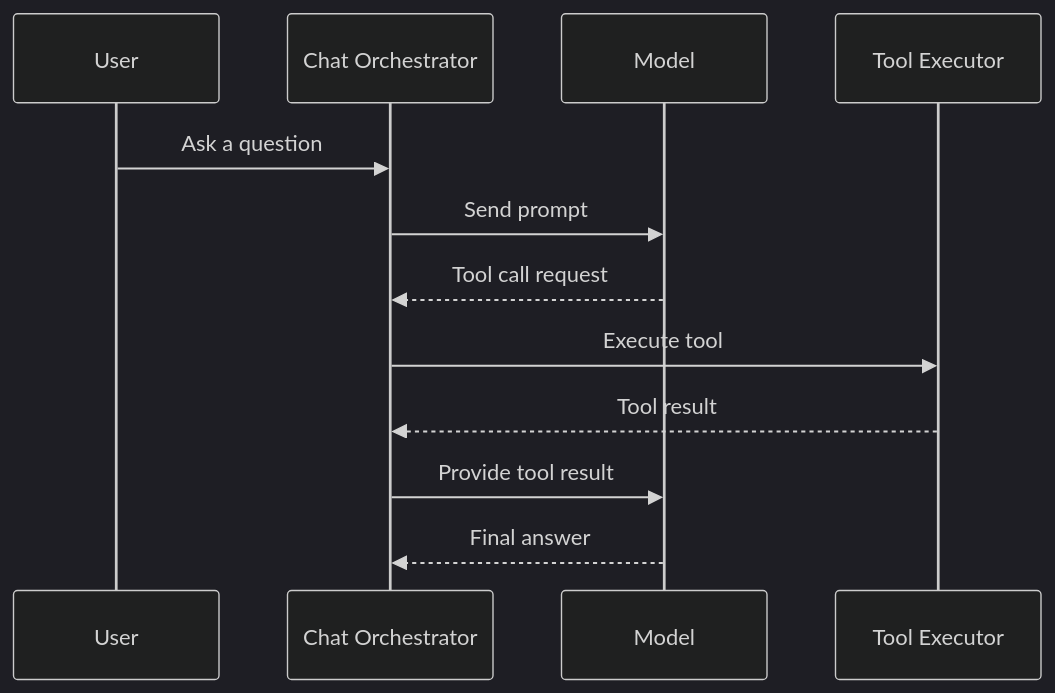
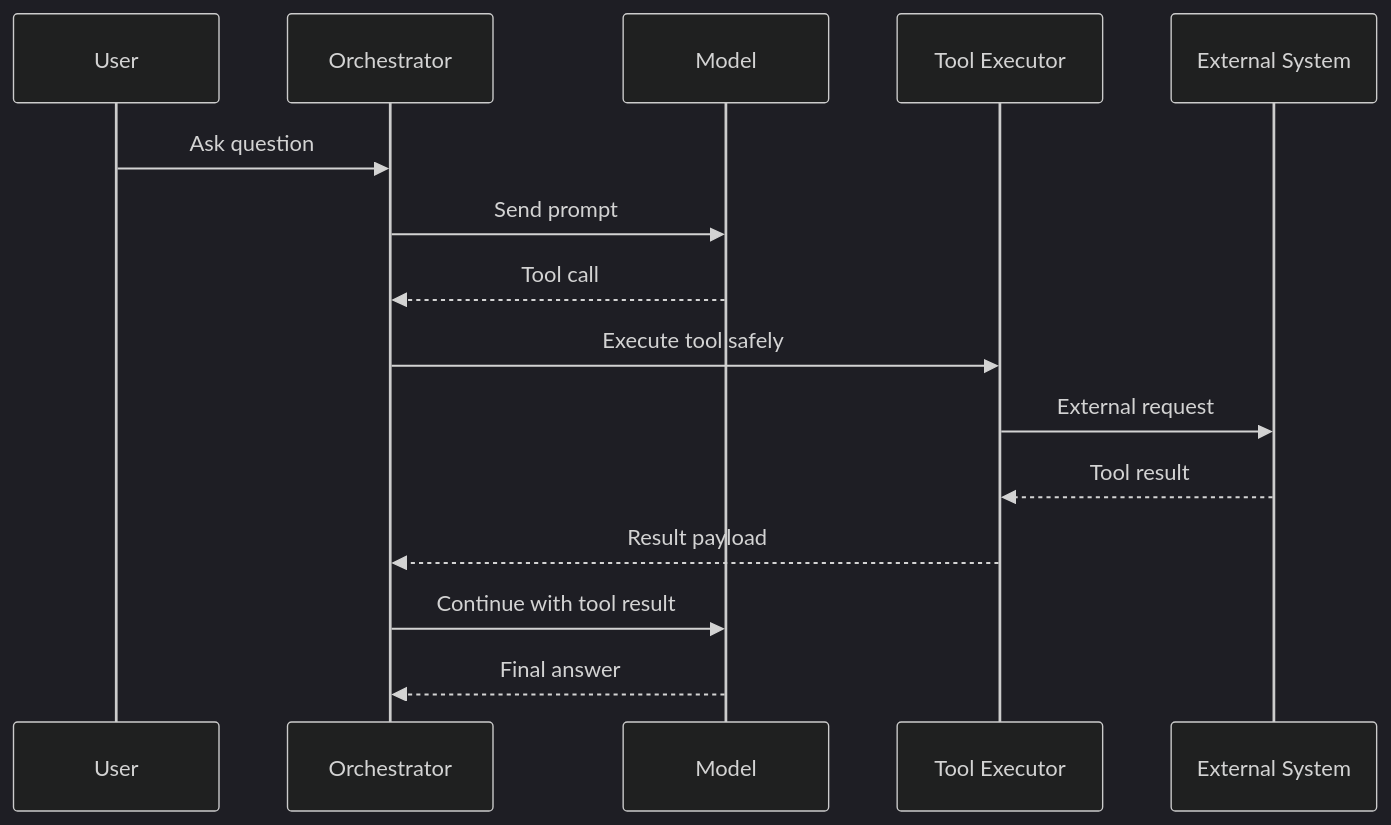
Before and after one commit to gojosatoru123-ux/CacheU: the sixth of 11 diagrams in src/content/design-a-realtime-ai-chat-system.md, drawn with Mermaid (dark theme). The commit also changed other lines of this file and 17 other files, not shown here.

````diff
--- a/src/content/design-a-realtime-ai-chat-system.md
+++ b/src/content/design-a-realtime-ai-chat-system.md
@@ -747,15 +672,18 @@
 ```mermaid
 sequenceDiagram
     participant U as User
-    participant C as Chat Orchestrator
+    participant O as Orchestrator
     participant M as Model
     participant T as Tool Executor
+    participant X as External System
 
-    U->>C: Ask a question
-    C->>M: Send prompt
-    M-->>C: Tool call request
-    C->>T: Execute tool
-    T-->>C: Tool result
-    C->>M: Provide tool result
-    M-->>C: Final answer
+    U->>O: Ask question
+    O->>M: Send prompt
+    M-->>O: Tool call
+    O->>T: Execute tool safely
+    T->>X: External request
+    X-->>T: Tool result
+    T-->>O: Result payload
+    O->>M: Continue with tool result
+    M-->>O: Final answer
 ```
````
